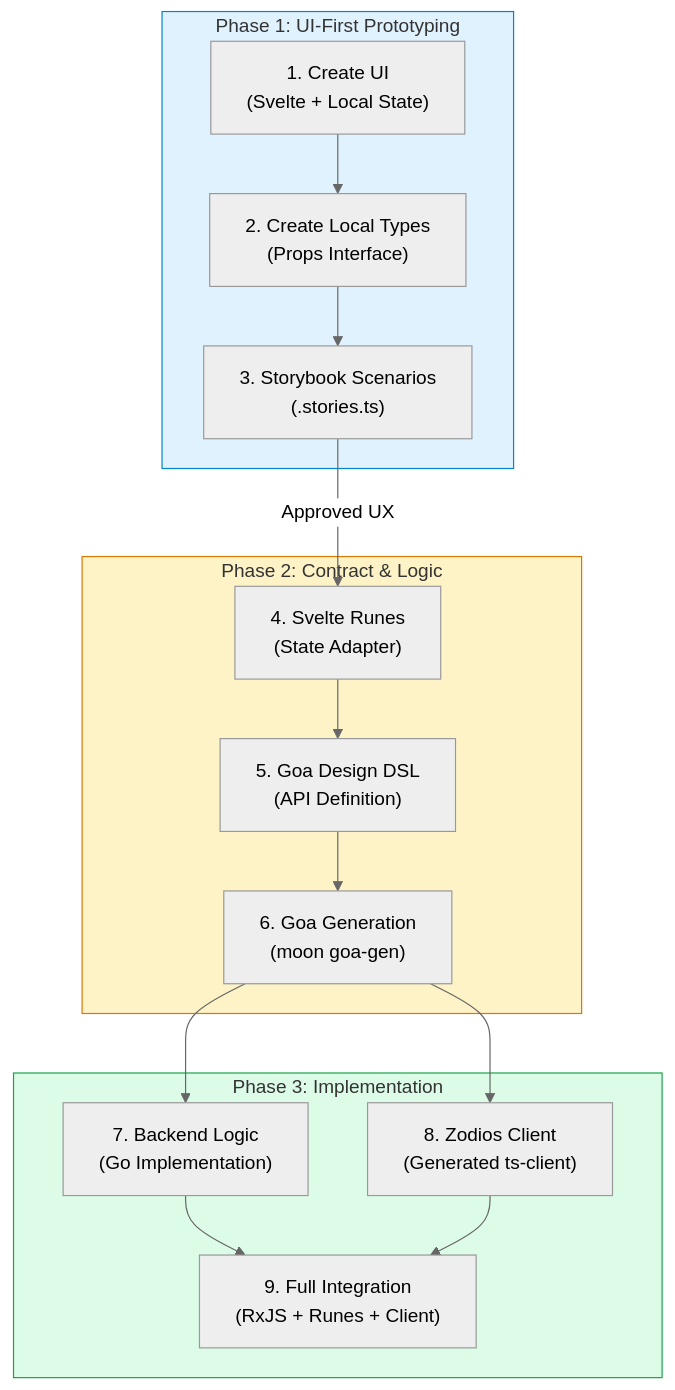
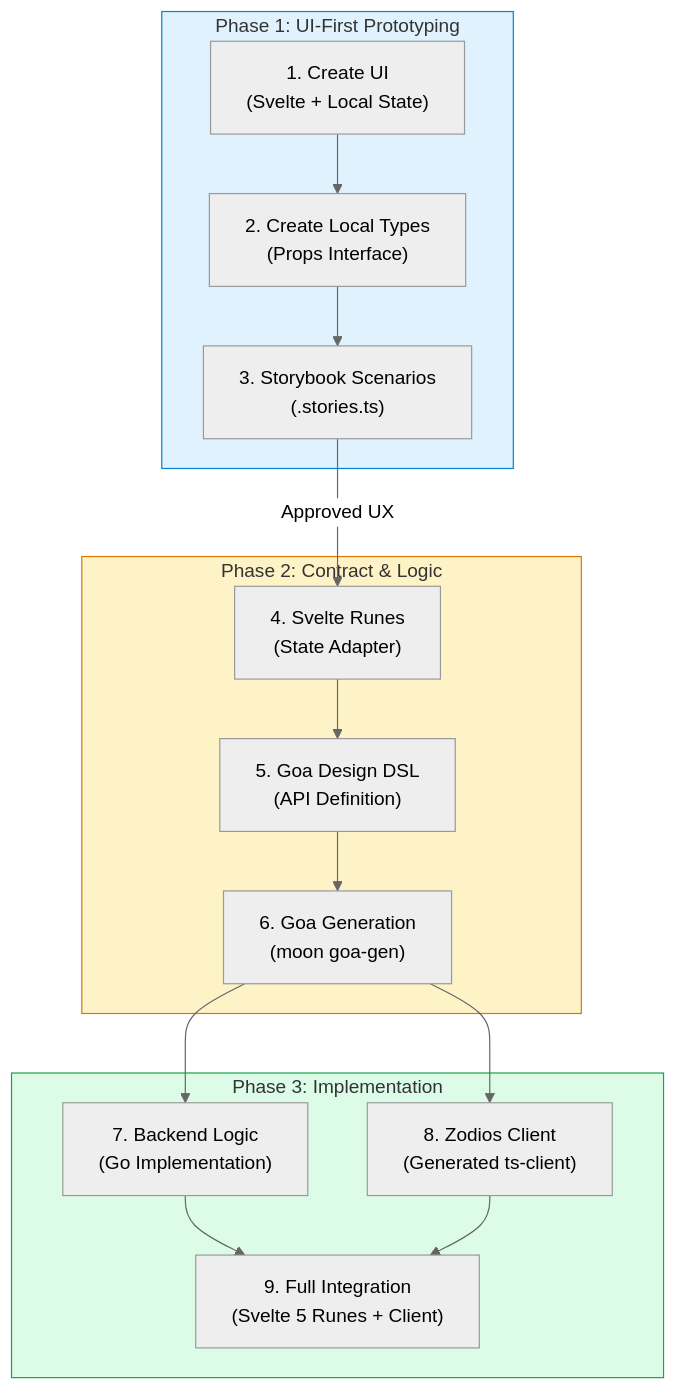
One commit to reidlai/virtual-module-core changed the diagram in docs/DEVELOPER-GUIDE.md. Above: the diagram before and after it, drawn with Mermaid (neutral theme). The commit also changed other lines of this file and 3 other files, not shown here.

````diff
--- a/docs/DEVELOPER-GUIDE.md
+++ b/docs/DEVELOPER-GUIDE.md
@@ -11,28 +11,28 @@
 ```mermaid
 flowchart TD
     subgraph UI ["Phase 1: UI-First Prototyping"]
         Step1["1. Create UI<br/>(Svelte + Local State)"]
         Step2["2. Create Local Types<br/>(Props Interface)"]
         Step3["3. Storybook Scenarios<br/>(.stories.ts)"]
     end
 
     subgraph Contract ["Phase 2: Contract & Logic"]
         Step4["4. Svelte Runes<br/>(State Adapter)"]
         Step5["5. Goa Design DSL<br/>(API Definition)"]
         Step6["6. Goa Generation<br/>(moon goa-gen)"]
     end
 
     subgraph Backend ["Phase 3: Implementation"]
         Step7["7. Backend Logic<br/>(Go Implementation)"]
         Step8["8. Zodios Client<br/>(Generated ts-client)"]
-        Step9["9. Full Integration<br/>(RxJS + Runes + Client)"]
+        Step9["9. Full Integration<br/>(Svelte 5 Runes + Client)"]
     end
 
     Step1 --> Step2 --> Step3
     Step3 -- "Approved UX" --> Step4 --> Step5 --> Step6
     Step6 --> Step7 & Step8 --> Step9
 
     style UI fill:#e0f2fe,stroke:#0284c7
     style Contract fill:#fef3c7,stroke:#d97706
     style Backend fill:#dcfce7,stroke:#16a34a
 ```
````
